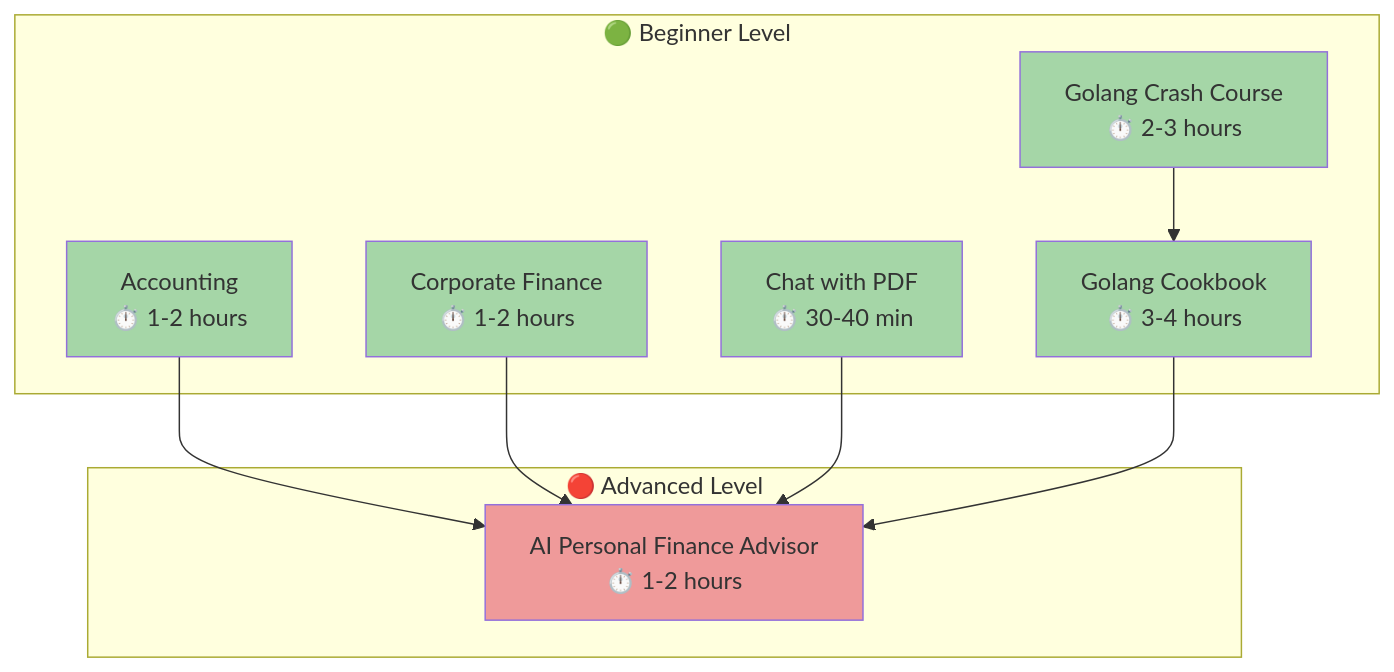
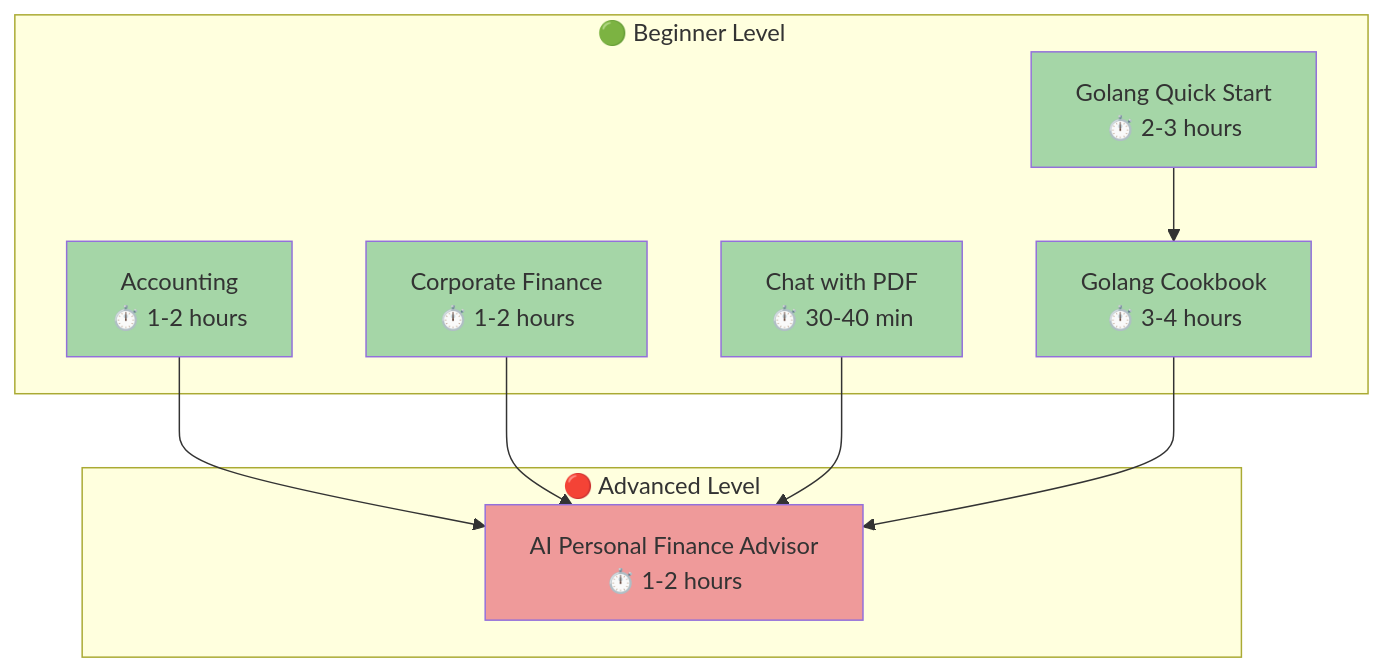
The first of 5 diagrams in docs/tutorials/README.md (wahidyankf/open-sharia-enterprise), drawn with Mermaid before and after one commit. The commit also changed other lines of this file and 2 other files, not shown here.

````diff
--- a/docs/tutorials/README.md
+++ b/docs/tutorials/README.md
@@ -19,30 +19,30 @@
 ```mermaid
 graph TB
 	subgraph "🟢 Beginner Level"
 		A[Accounting<br/>⏱️ 1-2 hours]
 		B[Corporate Finance<br/>⏱️ 1-2 hours]
 		C[Chat with PDF<br/>⏱️ 30-40 min]
-		E[Golang Crash Course<br/>⏱️ 2-3 hours]
+		E[Golang Quick Start<br/>⏱️ 2-3 hours]
 		F[Golang Cookbook<br/>⏱️ 3-4 hours]
 	end
 
 	subgraph "🔴 Advanced Level"
 		D[AI Personal Finance Advisor<br/>⏱️ 1-2 hours]
 	end
 
 	A --> D
 	B --> D
 	C --> D
 	E --> F
 	F --> D
 
 	style A fill:#a5d6a7
 	style B fill:#a5d6a7
 	style C fill:#a5d6a7
 	style E fill:#a5d6a7
 	style F fill:#a5d6a7
 	style D fill:#ef9a9a
 
 	classDef beginner fill:#a5d6a7,stroke:#4caf50,stroke-width:2px
 	classDef advanced fill:#ef9a9a,stroke:#e53935,stroke-width:2px
 ```
````
